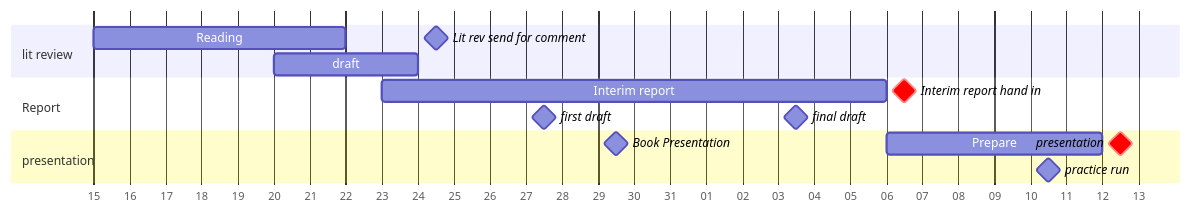
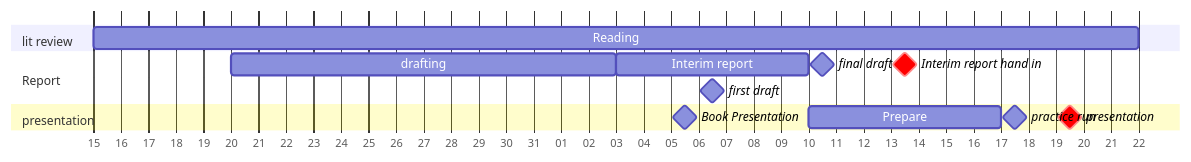
The diagram in Individual project/Notes/Logs/Interim Assesment/Interim Assesment Plan.md (jasht1/Uni-Projects), drawn with Mermaid before and after one commit. The commit also changed other lines of this file and 12 other files, not shown here.

Commit message:
Individual Project interim report progress

````diff
--- a/Individual project/Notes/Logs/Interim Assesment/Interim Assesment Plan.md
+++ b/Individual project/Notes/Logs/Interim Assesment/Interim Assesment Plan.md
@@ -20,27 +20,27 @@
 ```mermaid
 ---
 displayMode: compact
 ---
 
 gantt
 dateFormat YYYY-MM-DD
 axisFormat %d
 tickInterval 1day
 
 section lit review
-	Reading: 2025-01-15, 2025-01-22
-	draft: 2025-01-20, 2025-01-24
-	Lit rev send for comment: milestone, 2025-01-24, 1d
+	Reading: 2025-01-15, 2025-02-22
+
 section Report
-	Interim report: 2025-01-23, 2025-02-06
-	first draft: milestone, 2025-01-27, 1d
-	final draft: milestone, 2025-02-03, 1d
-	Interim report hand in: crit, milestone, 2025-02-06, 1d
+	drafting: 2025-01-20, 2025-02-03
+	Interim report: 2025-02-03, 2025-02-10
+	first draft: milestone, 2025-02-06, 1d
+	final draft: milestone, 2025-02-10, 1d
+	Interim report hand in: crit, milestone, 2025-02-13, 1d
 
 section presentation
-	Book Presentation: milestone, 2025-01-29, 1d
-	Prepare: 2025-02-06, 2025-02-12
-	practice run: milestone, 2025-02-10, 1d
-	presentation: milestone, crit, 2025-02-12, 1d
+	Book Presentation: milestone, 2025-02-05, 1d
+	Prepare: 2025-02-10, 2025-02-17
+	practice run: milestone, 2025-02-17, 1d
+	presentation: milestone, crit, 2025-02-19, 1d
 	
 ```
````
